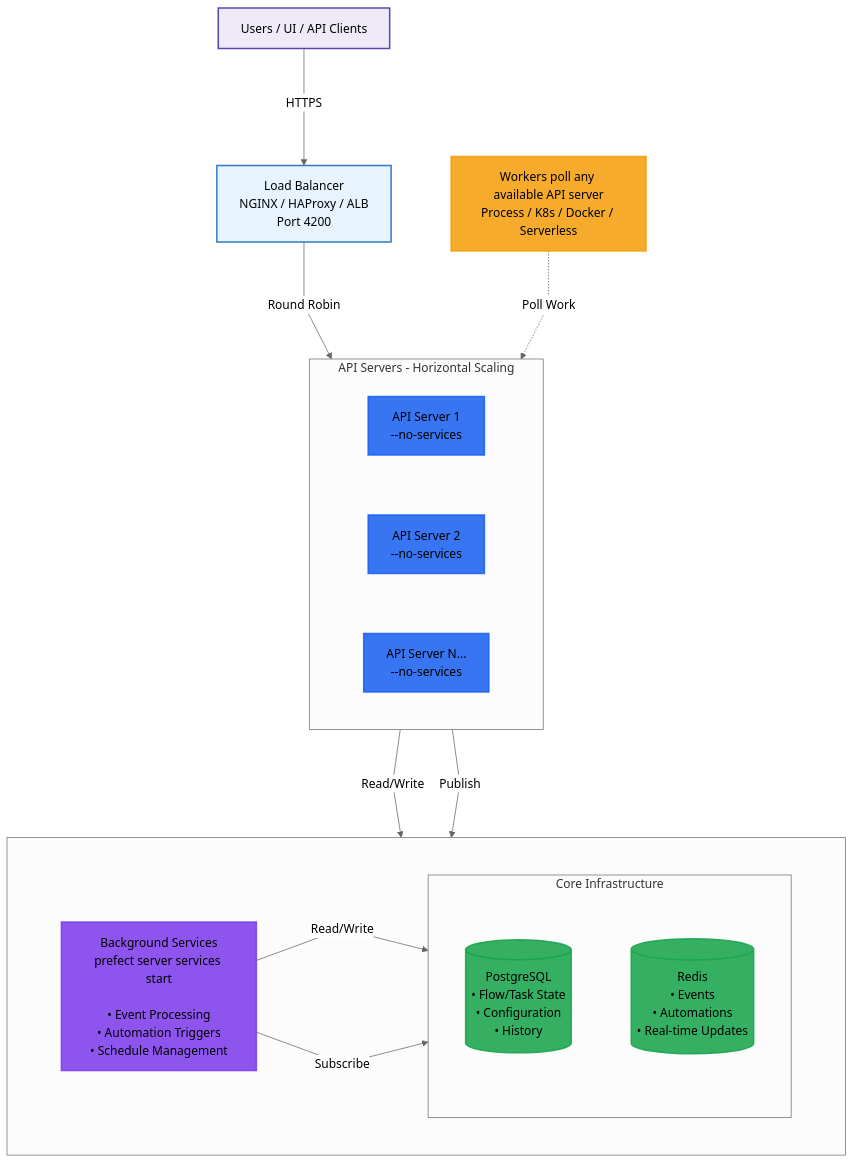
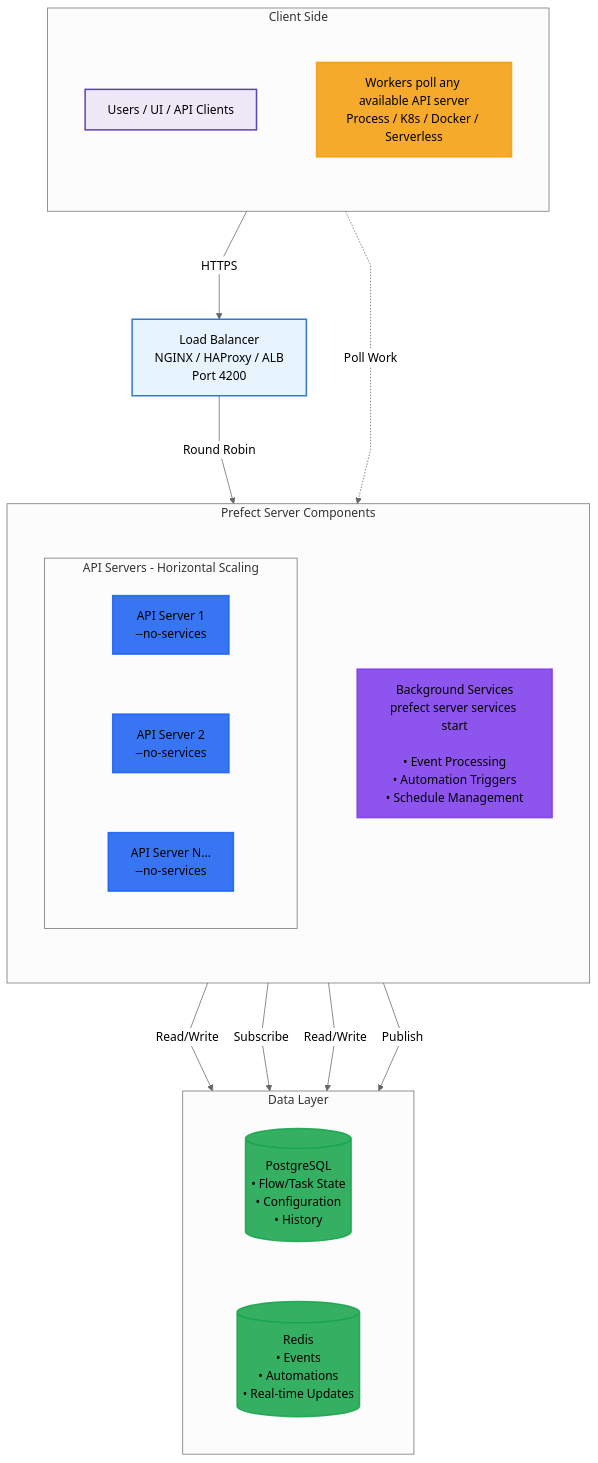
One commit to PrefectHQ/prefect changed the diagram in docs/v3/advanced/self-hosted.mdx. Above: the diagram before and after it, drawn with Mermaid.

Commit message:
improve the mermaid

````diff
--- a/docs/v3/advanced/self-hosted.mdx
+++ b/docs/v3/advanced/self-hosted.mdx
@@ -27,58 +27,60 @@
 ```mermaid
 %%{
   init: {
     'theme': 'neutral',
     'flowchart': {
       'curve' : 'linear',
       'rankSpacing': 120,
       'nodeSpacing': 80
     }
   }
 }%%
 
 flowchart TB
     %% Style definitions
     classDef userClass fill:#ede7f6db,stroke:#4527a0db,stroke-width:2px
     classDef lbClass fill:#e3f2fddb,stroke:#1565c0db,stroke-width:2px
     classDef apiClass fill:#1860f2db,stroke:#1860f2db,stroke-width:2px
     classDef bgClass fill:#7c3aeddb,stroke:#7c3aeddb,stroke-width:2px
     classDef dataClass fill:#16a34adb,stroke:#16a34adb,stroke-width:2px
     classDef workerClass fill:#f59e0bdb,stroke:#f59e0bdb,stroke-width:2px
 
     %% Nodes
-    Users[Users / UI / API Clients]:::userClass
+    subgraph clients[Client Side]
+        direction TB
+        Users[Users / UI / API Clients]:::userClass
+        Workers[Workers poll any available API server<br/>Process / K8s / Docker / Serverless]:::workerClass
+    end
     
     LB[Load Balancer<br/>NGINX / HAProxy / ALB<br/>Port 4200]:::lbClass
     
-    subgraph api[API Servers - Horizontal Scaling]
-        direction LR
-        API1[API Server 1<br/>--no-services]:::apiClass
-        API2[API Server 2<br/>--no-services]:::apiClass
-        API3[API Server N...<br/>--no-services]:::apiClass
-    end
-    
-    subgraph infra[" "]
-        direction LR
-        subgraph core[Core Infrastructure]
-            direction TB
-            PG[(PostgreSQL<br/>• Flow/Task State<br/>• Configuration<br/>• History)]:::dataClass
-            Redis[(Redis<br/>• Events<br/>• Automations<br/>• Real-time Updates)]:::dataClass
+    subgraph servers[Prefect Server Components]
+        direction TB
+        subgraph api[API Servers - Horizontal Scaling]
+            direction LR
+            API1[API Server 1<br/>--no-services]:::apiClass
+            API2[API Server 2<br/>--no-services]:::apiClass
+            API3[API Server N...<br/>--no-services]:::apiClass
         end
         
         BG[Background Services<br/>prefect server services start<br/><br/>• Event Processing<br/>• Automation Triggers<br/>• Schedule Management]:::bgClass
     end
     
-    Workers[Workers poll any available API server<br/>Process / K8s / Docker / Serverless]:::workerClass
+    subgraph data[Data Layer]
+        direction LR
+        PG[(PostgreSQL<br/>• Flow/Task State<br/>• Configuration<br/>• History)]:::dataClass
+        Redis[(Redis<br/>• Events<br/>• Automations<br/>• Real-time Updates)]:::dataClass
+    end
     
     %% Connections
     Users --> |HTTPS| LB
     LB --> |Round Robin| api
     
     api --> |Read/Write| PG
     api --> |Publish| Redis
     
     BG --> |Read/Write| PG
     BG --> |Subscribe| Redis
     
     Workers -.-> |Poll Work| api
 ```
````
